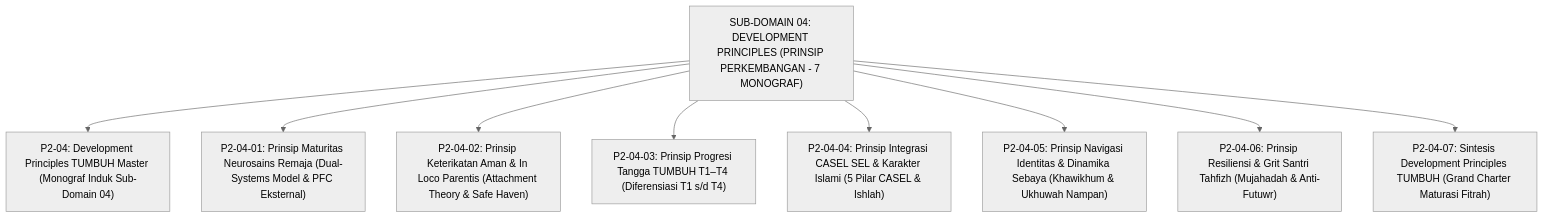
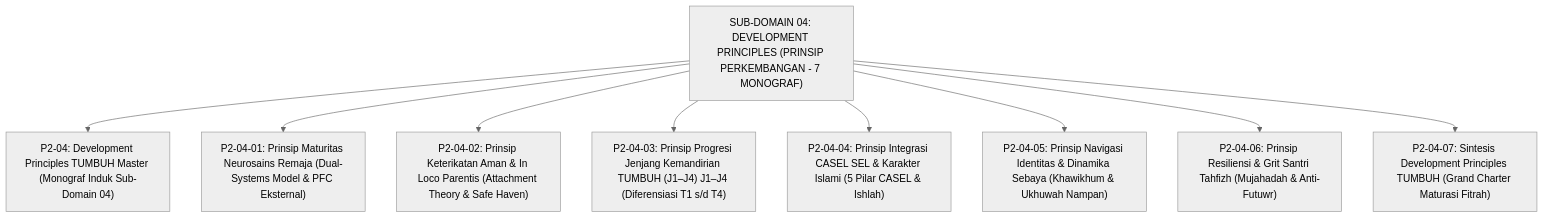
One commit to wandiapriliyandi/tumbuh changed the diagram in 02 Principles/04 Development Principles/README.md. Above: the diagram before and after it, drawn with Mermaid (neutral theme). The commit also changed other lines of this file and 209 other files, not shown here.

````diff
--- a/02 Principles/04 Development Principles/README.md
+++ b/02 Principles/04 Development Principles/README.md
@@ -14,13 +14,13 @@
 ```mermaid
 graph TD
     Development["SUB-DOMAIN 04: DEVELOPMENT PRINCIPLES (PRINSIP PERKEMBANGAN - 7 MONOGRAF)"]
     
     Development --> Master["P2-04: Development Principles TUMBUH Master (Monograf Induk Sub-Domain 04)"]
     Development --> M1["P2-04-01: Prinsip Maturitas Neurosains Remaja (Dual-Systems Model & PFC Eksternal)"]
     Development --> M2["P2-04-02: Prinsip Keterikatan Aman & In Loco Parentis (Attachment Theory & Safe Haven)"]
-    Development --> M3["P2-04-03: Prinsip Progresi Tangga TUMBUH T1–T4 (Diferensiasi T1 s/d T4)"]
+    Development --> M3["P2-04-03: Prinsip Progresi Jenjang Kemandirian TUMBUH (J1–J4) J1–J4 (Diferensiasi T1 s/d T4)"]
     Development --> M4["P2-04-04: Prinsip Integrasi CASEL SEL & Karakter Islami (5 Pilar CASEL & Ishlah)"]
     Development --> M5["P2-04-05: Prinsip Navigasi Identitas & Dinamika Sebaya (Khawikhum & Ukhuwah Nampan)"]
     Development --> M6["P2-04-06: Prinsip Resiliensi & Grit Santri Tahfizh (Mujahadah & Anti-Futuwr)"]
     Development --> M7["P2-04-07: Sintesis Development Principles TUMBUH (Grand Charter Maturasi Fitrah)"]
 ```
````
